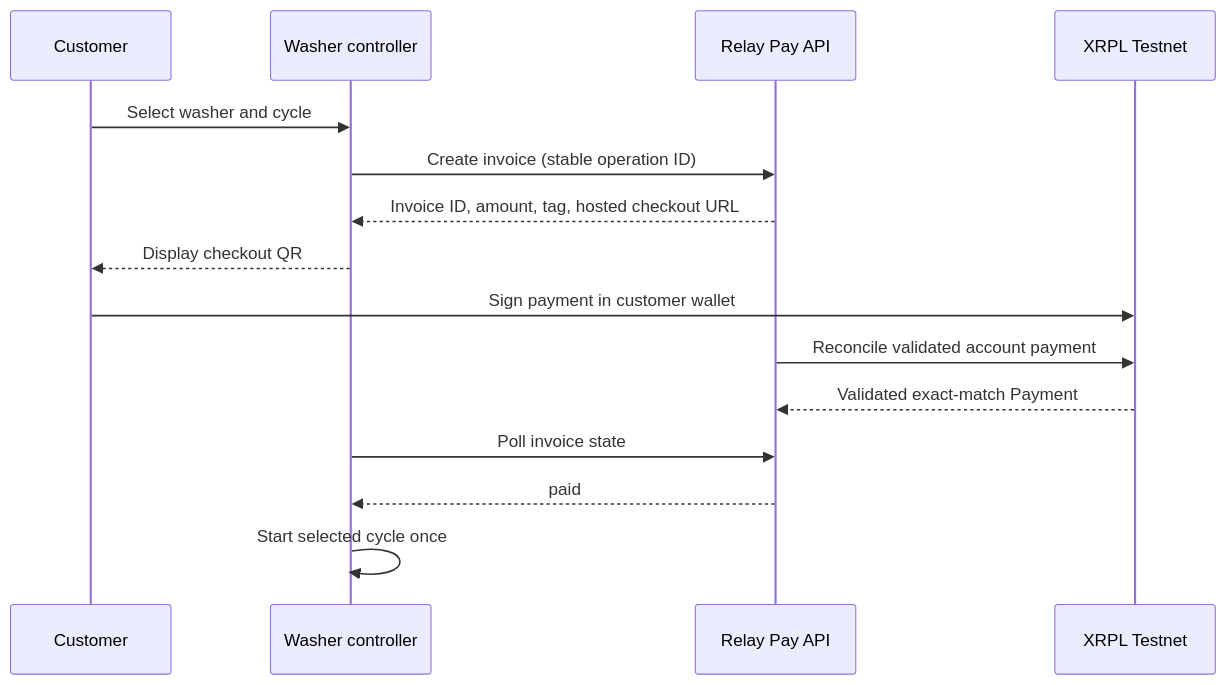
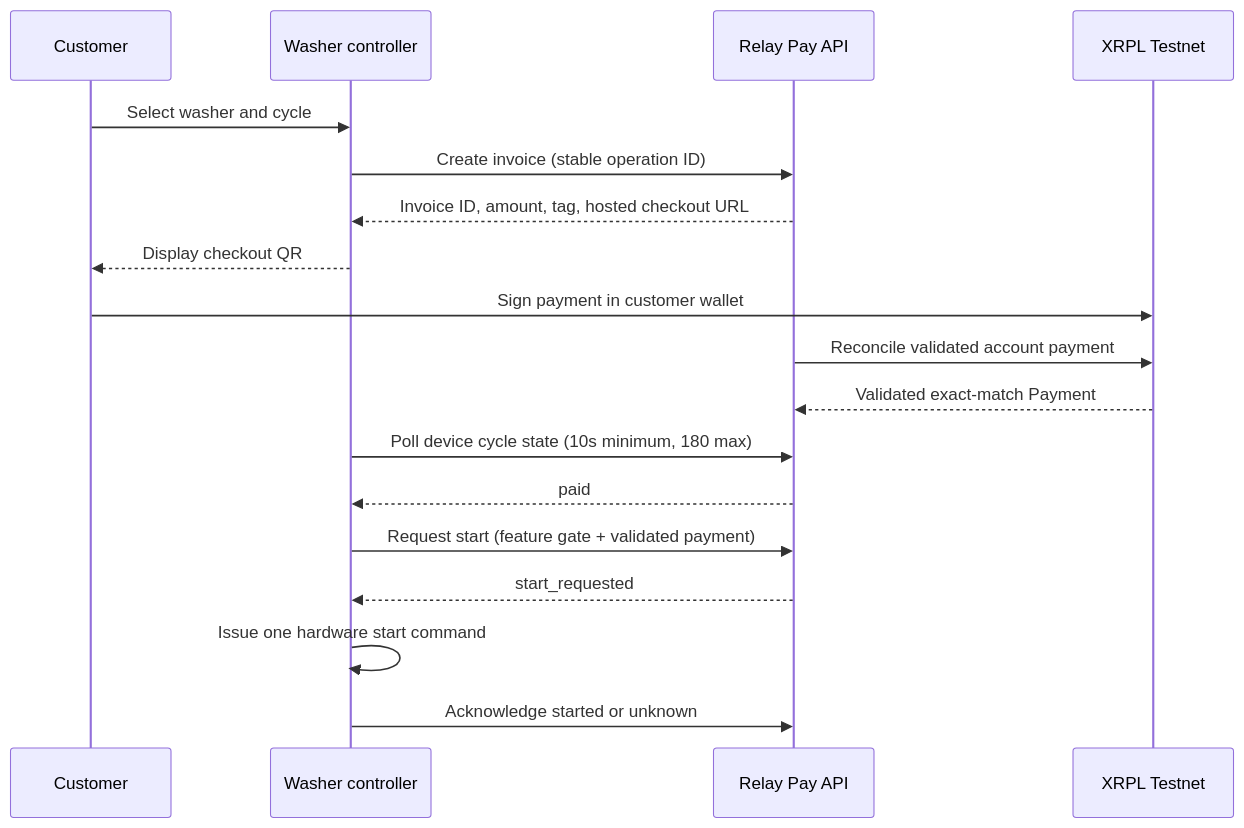
The diagram in machine-mode.md (thato899/relay-pay), drawn with Mermaid before and after one commit. The commit also changed other lines of this file and 18 other files, not shown here.

````diff
--- a/machine-mode.md
+++ b/machine-mode.md
@@ -27,17 +30,20 @@
 ```mermaid
 sequenceDiagram
     participant C as Customer
     participant M as Washer controller
     participant A as Relay Pay API
     participant L as XRPL Testnet
     C->>M: Select washer and cycle
     M->>A: Create invoice (stable operation ID)
     A-->>M: Invoice ID, amount, tag, hosted checkout URL
     M-->>C: Display checkout QR
     C->>L: Sign payment in customer wallet
     A->>L: Reconcile validated account payment
     L-->>A: Validated exact-match Payment
-    M->>A: Poll invoice state
+    M->>A: Poll device cycle state (10s minimum, 180 max)
     A-->>M: paid
-    M->>M: Start selected cycle once
+    M->>A: Request start (feature gate + validated payment)
+    A-->>M: start_requested
+    M->>M: Issue one hardware start command
+    M->>A: Acknowledge started or unknown
 ```
````
